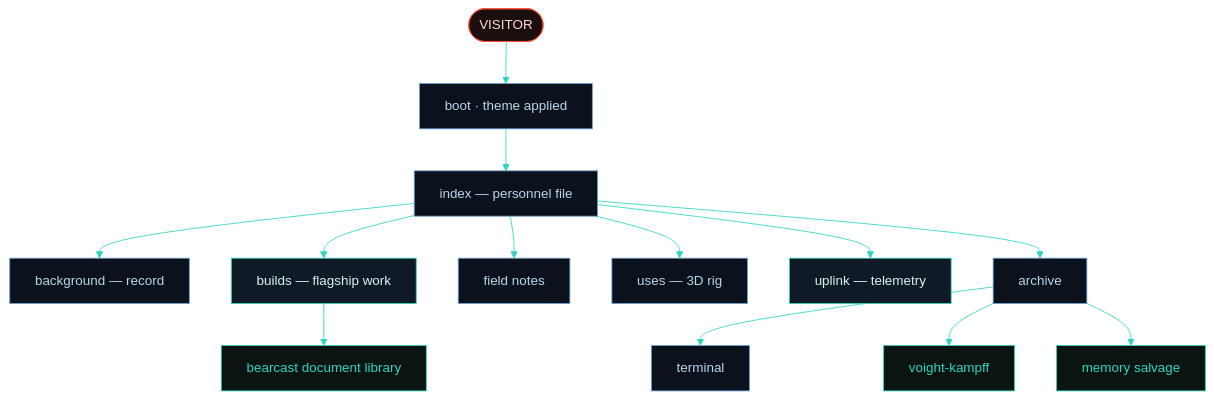
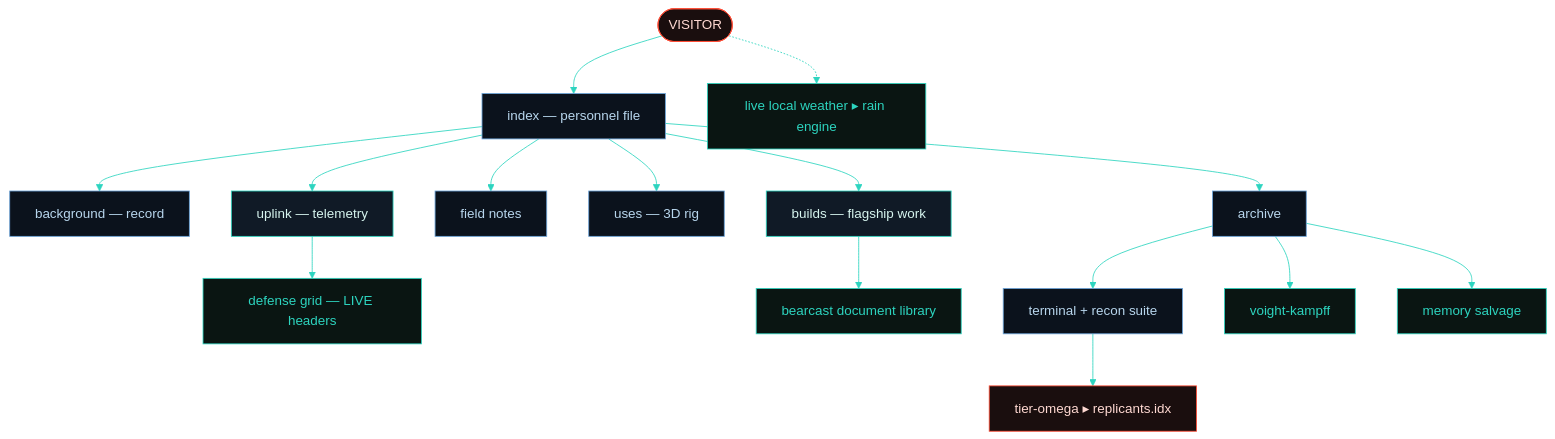
One commit to notChewy1324/cgSite changed the diagram in README.md. Above: the diagram before and after it, drawn with Mermaid. The commit also changed other lines of this file and 28 other files, not shown here.

````diff
--- a/README.md
+++ b/README.md
@@ -80,23 +119,25 @@
 ```mermaid
 %%{init: {'theme':'base','themeVariables':{
   'background':'#050608','primaryColor':'#0b121c','primaryTextColor':'#b8d6ed',
   'primaryBorderColor':'#6ba3d8','lineColor':'#2dd4bf','fontFamily':'monospace',
   'clusterBkg':'#080d14','clusterBorder':'#234a6e','titleColor':'#6ba3d8'}}}%%
 flowchart TD
-  V([" VISITOR "]):::edge --> BOOT[" boot · theme applied "]:::core
-  BOOT --> HOME[" index — personnel file "]:::core
+  V([" VISITOR "]):::edge --> HOME[" index — personnel file "]:::core
+  V -.-> WX[" live local weather ▸ rain engine "]:::teal
   HOME --> BG[" background — record "]
   HOME --> B[" builds — flagship work "]:::hot
   HOME --> FN[" field notes "]
   HOME --> USE[" uses — 3D rig "]
   HOME --> UP[" uplink — telemetry "]:::hot
   HOME --> AR[" archive "]
+  UP --> DG[" defense grid — LIVE headers "]:::teal
   B --> DOC[" bearcast document library "]:::teal
-  AR --> T[" terminal "]
+  AR --> T[" terminal + recon suite "]
   AR --> VK[" voight-kampff "]:::teal
   AR --> MEM[" memory salvage "]:::teal
+  T --> OMEGA[" tier-omega ▸ replicants.idx "]:::edge
   classDef core fill:#0b121c,stroke:#6ba3d8,color:#b8d6ed;
   classDef hot fill:#101a26,stroke:#2dd4bf,color:#d7f5ef;
   classDef teal fill:#0a1512,stroke:#2dd4bf,color:#2dd4bf;
   classDef edge fill:#1a0e0e,stroke:#ff4d36,color:#ffd9d2;
 ```
````
